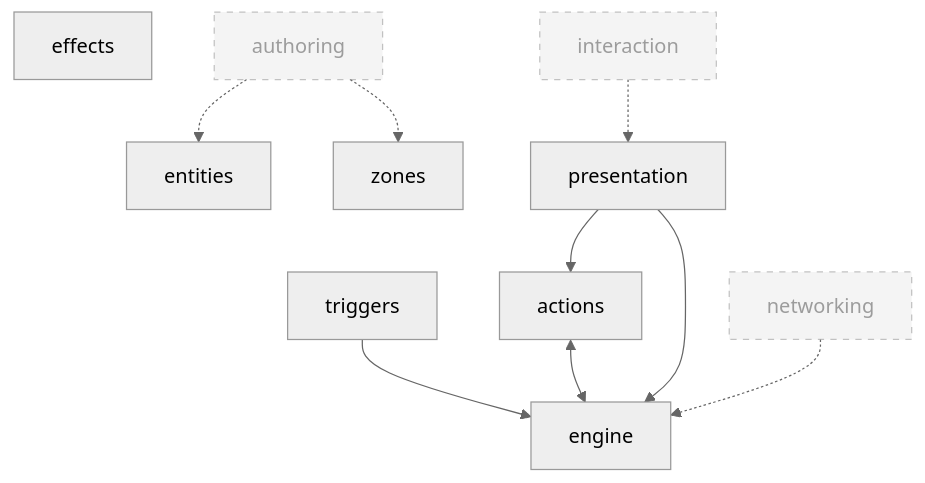
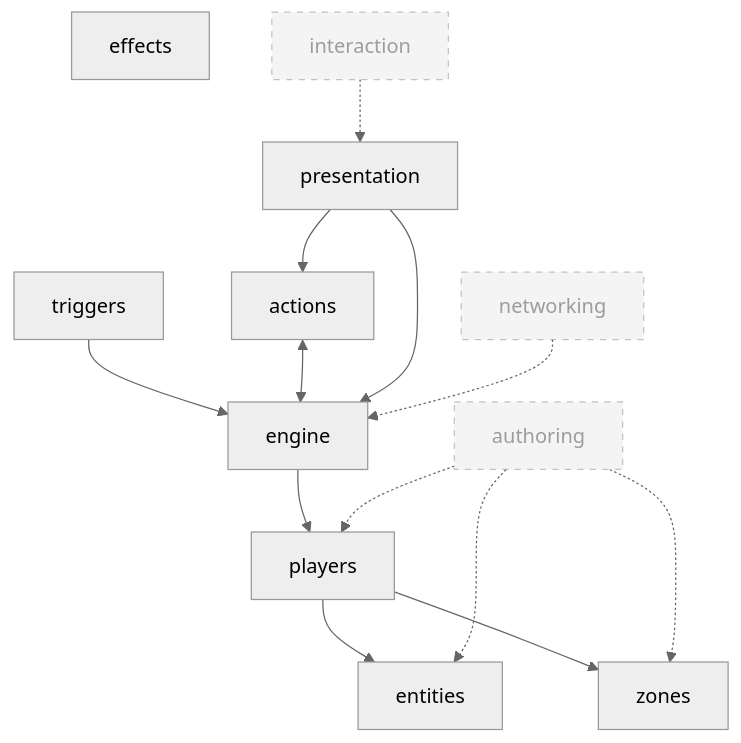
Before and after one commit to MgCohen/Card-Framework: the diagram in Product/ledgers/FEATURE-MAP.md, drawn with Mermaid (neutral theme). The commit also changed other lines of this file and 13 other files, not shown here.

````diff
--- a/Product/ledgers/FEATURE-MAP.md
+++ b/Product/ledgers/FEATURE-MAP.md
@@ -44,26 +45,31 @@
 ```mermaid
 graph TD
   classDef considered stroke-dasharray: 5 5,opacity:0.6;
 
   entities[entities]
   zones[zones]
+  players[players]
   engine[engine]
   actions[actions]
   triggers[triggers]
   effects[effects]
   presentation[presentation]
 
   authoring[authoring]:::considered
   interaction[interaction]:::considered
   networking[networking]:::considered
 
+  players --> entities
+  players --> zones
   triggers --> engine
   actions <--> engine
   presentation --> engine
   presentation --> actions
+  engine --> players
 
   authoring -.-> entities
   authoring -.-> zones
+  authoring -.-> players
   interaction -.-> presentation
   networking -.-> engine
 ```
````
